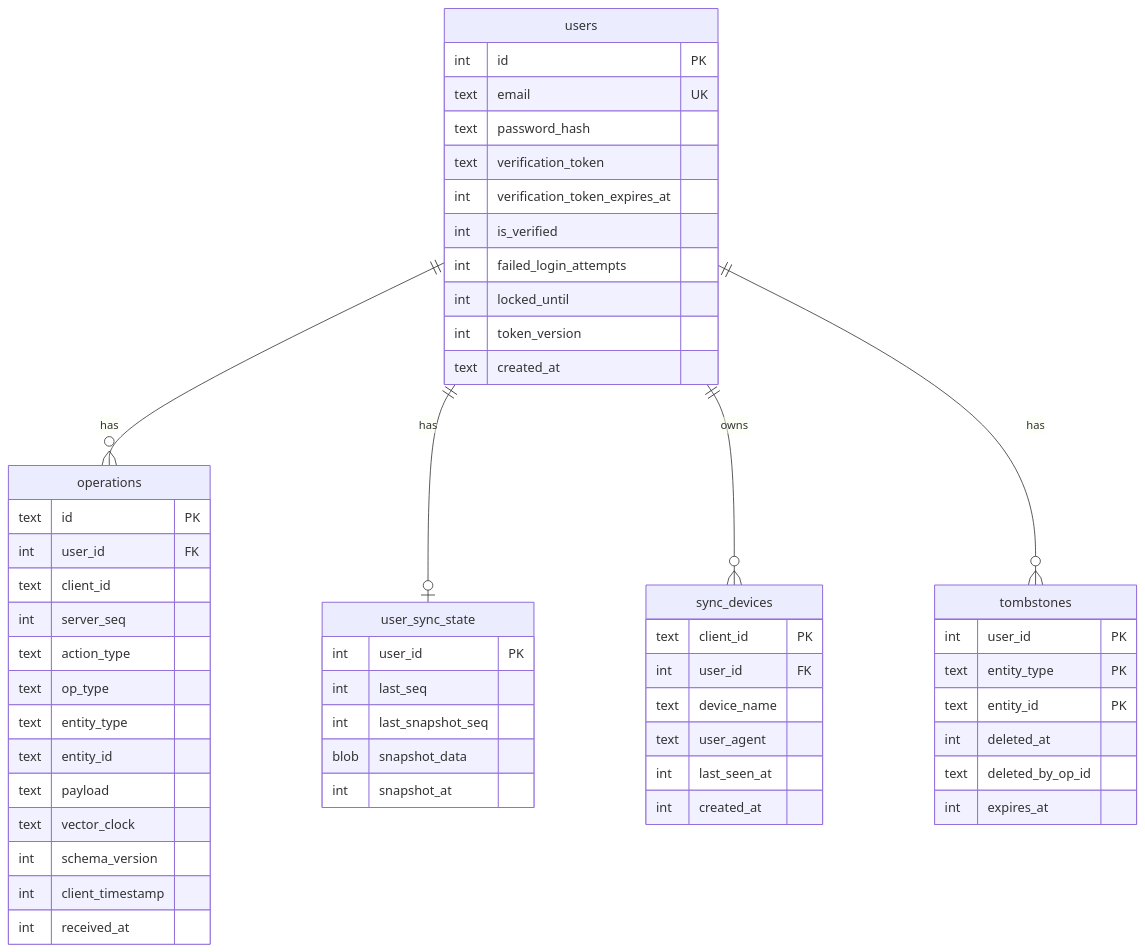
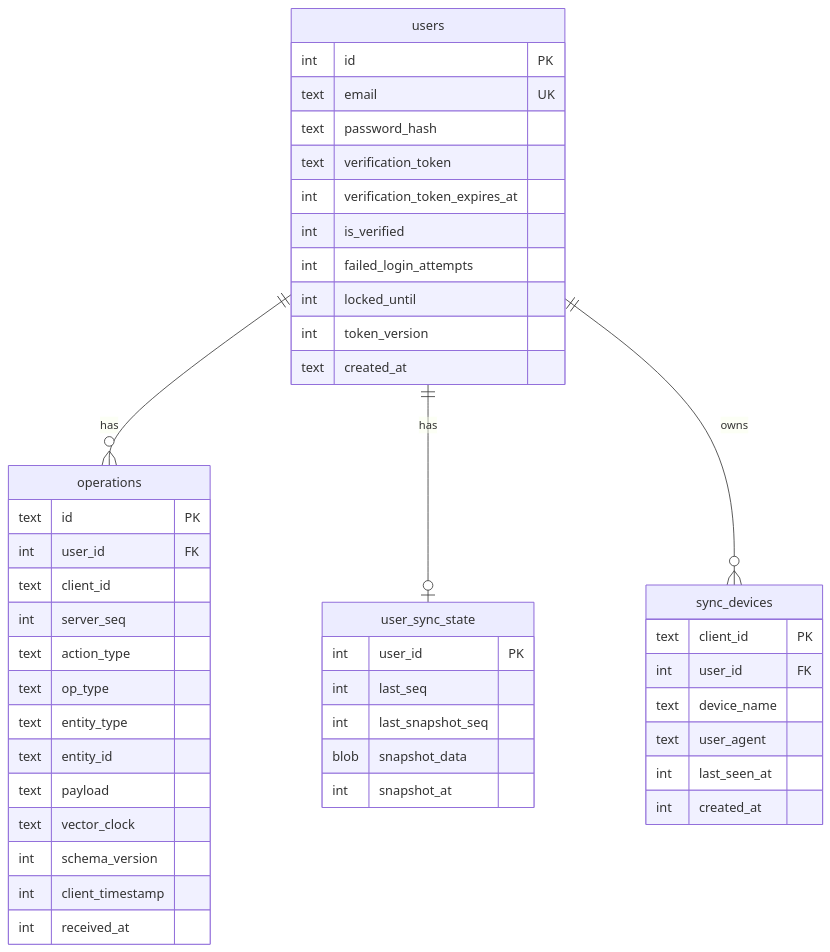
One commit to johannesjo/super-productivity changed the third of 29 diagrams in packages/super-sync-server/sync-server-architecture-diagrams.md. Above: the diagram before and after it, drawn with Mermaid. The commit also changed other lines of this file and 5 other files, not shown here.

````diff
--- a/packages/super-sync-server/sync-server-architecture-diagrams.md
+++ b/packages/super-sync-server/sync-server-architecture-diagrams.md
@@ -82,62 +79,52 @@
 ```mermaid
 erDiagram
     users ||--o{ operations : has
     users ||--o| user_sync_state : has
     users ||--o{ sync_devices : owns
-    users ||--o{ tombstones : has
 
     users {
         int id PK
         text email UK
         text password_hash
         text verification_token
         int verification_token_expires_at
         int is_verified
         int failed_login_attempts
         int locked_until
         int token_version
         text created_at
     }
 
     operations {
         text id PK
         int user_id FK
         text client_id
         int server_seq
         text action_type
         text op_type
         text entity_type
         text entity_id
         text payload
         text vector_clock
         int schema_version
         int client_timestamp
         int received_at
     }
 
     user_sync_state {
         int user_id PK
         int last_seq
         int last_snapshot_seq
         blob snapshot_data
         int snapshot_at
     }
 
     sync_devices {
         text client_id PK
         int user_id FK
         text device_name
         text user_agent
         int last_seen_at
         int created_at
     }
-
-    tombstones {
-        int user_id PK
-        text entity_type PK
-        text entity_id PK
-        int deleted_at
-        text deleted_by_op_id
-        int expires_at
-    }
 ```
````
